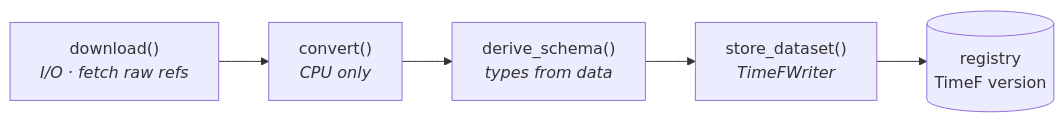
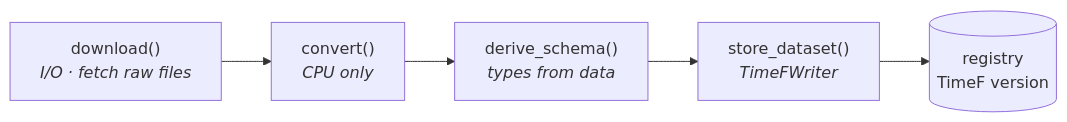
Before and after one commit to OpenTSLM/TimeNet: the diagram in docs/data-model/index.md, drawn with Mermaid. The commit also changed 22 other files, not shown here.

````diff
--- a/docs/data-model/index.md
+++ b/docs/data-model/index.md
@@ -32,9 +32,9 @@
 ```mermaid
 flowchart LR
-    D["download()<br/><i>I/O · fetch raw refs</i>"]
+    D["download()<br/><i>I/O · fetch raw files</i>"]
     C["convert()<br/><i>CPU only</i>"]
     S["derive_schema()<br/><i>types from data</i>"]
     W["store_dataset()<br/><i>TimeFWriter</i>"]
     R[("registry<br/>TimeF version")]
     D --> C --> S --> W --> R
 ```
````
